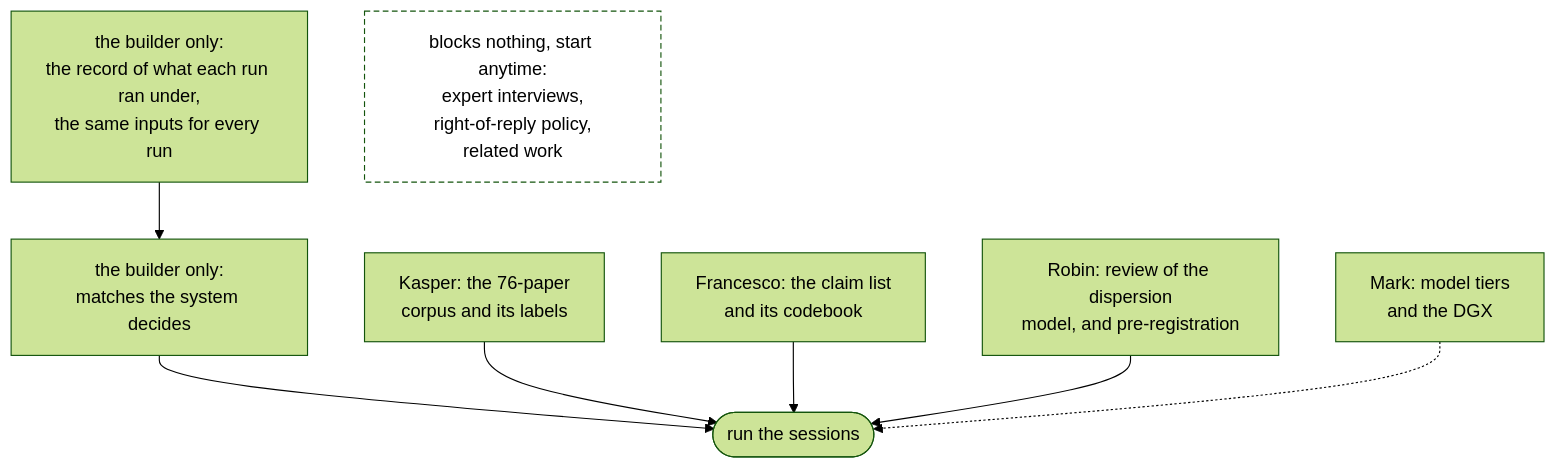
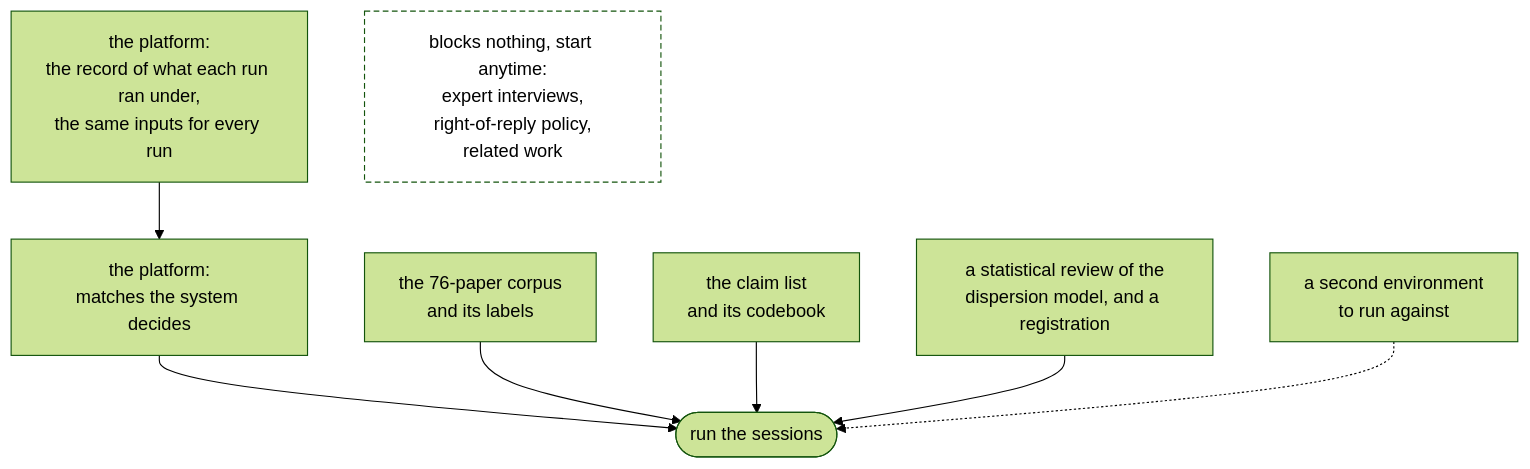
Before and after one commit to latere-ai/replichai: the ninth of 9 diagrams in docs/consultations.md, drawn with Mermaid (forest theme). The commit also changed other lines of this file, not shown here.

Commit message:
docs: consultations lists what a study needs without assigning it to named people

````diff
--- a/docs/consultations.md
+++ b/docs/consultations.md
@@ -397,11 +395,11 @@
 ```mermaid
 flowchart TB
-    A["the builder only:<br/>the record of what each run ran under,<br/>the same inputs for every run"] --> B["the builder only:<br/>matches the system decides"]
+    A["the platform:<br/>the record of what each run ran under,<br/>the same inputs for every run"] --> B["the platform:<br/>matches the system decides"]
     B --> C(["run the sessions"])
-    D["Kasper: the 76-paper<br/>corpus and its labels"] --> C
-    E["Francesco: the claim list<br/>and its codebook"] --> C
-    F["Robin: review of the dispersion<br/>model, and pre-registration"] --> C
-    G["Mark: model tiers<br/>and the DGX"] -.-> C
+    D["the 76-paper corpus<br/>and its labels"] --> C
+    E["the claim list<br/>and its codebook"] --> C
+    F["a statistical review of the<br/>dispersion model, and a registration"] --> C
+    G["a second environment<br/>to run against"] -.-> C
     H["blocks nothing, start anytime:<br/>expert interviews,<br/>right-of-reply policy,<br/>related work"]:::free
     classDef free fill:#fff,stroke-dasharray: 5 3
 ```
````
